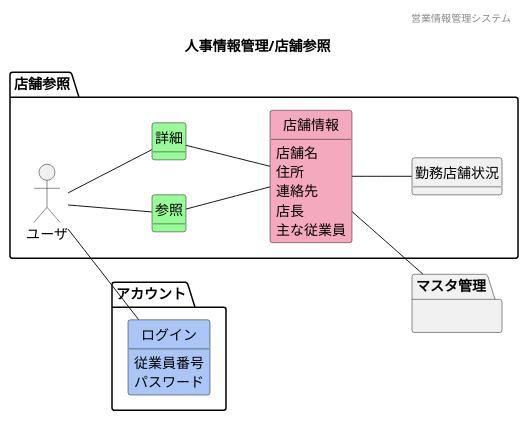
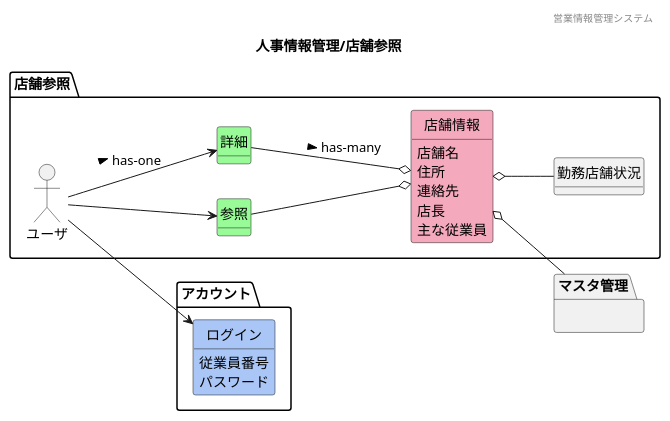
One commit to HaruShim/Sotuken changed the diagram in 各種設計書/1ドメインモデル図/人事情報管理/F13店舗参照.plantuml. Above: the diagram before and after it, drawn with PlantUML. The commit also changed 13 other files, not shown here.

```diff
--- a/各種設計書/1ドメインモデル図/人事情報管理/F13店舗参照.plantuml
+++ b/各種設計書/1ドメインモデル図/人事情報管理/F13店舗参照.plantuml
@@ -1,53 +1,53 @@
 @startuml images/人事情報管理/店舗参照
 ' ヘッダー
 header 営業情報管理システム
 ' タイトル
 title 人事情報管理/店舗参照
 ' 
 hide circle
 ' 
 hide method
 left to right direction
 
 package "アカウント"{
     class "ログイン" #A9C6F6
 }
 
 package "店舗参照" {
     'ユーザや外部システム
     mix_actor "ユーザ"
     class "参照" #98fb98
     class "詳細" #98fb98
     class "店舗情報" #F5A9BC
     class "勤務店舗状況"
 }
     package "マスタ管理"{
     }
     ' class "" #F5A9BC
     ' class "" #ffd700
 
     'モデル同士の関係
-    ユーザ -- 参照
-    ユーザ -- 詳細
-    ユーザ -- ログイン
-    参照 -- 店舗情報
-    詳細 -- 店舗情報
-    店舗情報 -- 勤務店舗状況
-    店舗情報 -- マスタ管理
+    ユーザ --> 参照
+    ユーザ --> 詳細 : > has-one
+    ユーザ --> ログイン
+    参照 --o 店舗情報
+    詳細 --o 店舗情報 : > has-many
+    店舗情報 o-- 勤務店舗状況
+    店舗情報 o-- マスタ管理
 
     'ドメインクラスの属性
     店舗情報 : 店舗名
     店舗情報 : 住所
     店舗情報 : 連絡先
     店舗情報 : 店長
     店舗情報 : 主な従業員
     ' 勤務店舗状況 : 店舗名
     ' 勤務店舗状況 : 従業員数
     ' 勤務店舗状況 : 責任者
     ログイン : 従業員番号
     ログイン : パスワード
 
 
 
 
 @enduml
```
